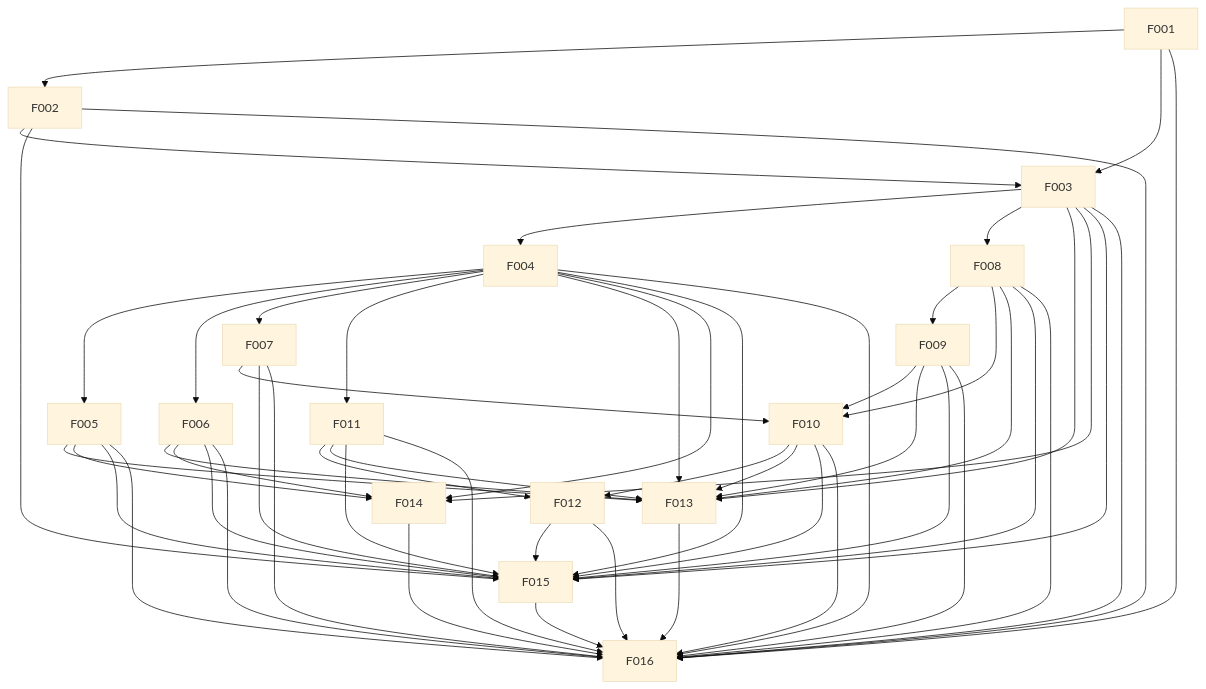
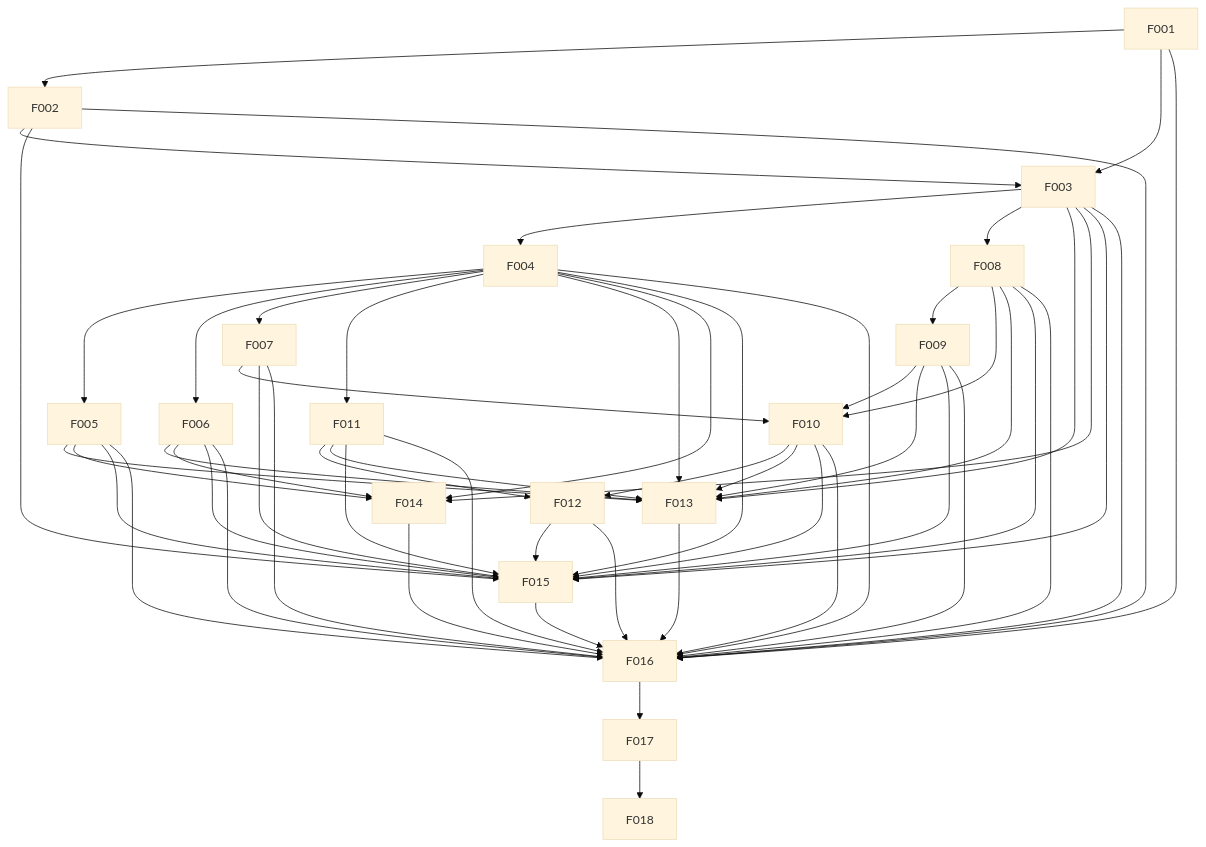
Before and after one commit to 47oo/csm: the diagram in docs/project/dependency-map.md, drawn with Mermaid (base theme). The commit also changed other lines of this file and 5 other files, not shown here.

````diff
--- a/docs/project/dependency-map.md
+++ b/docs/project/dependency-map.md
@@ -9,72 +9,76 @@
 ```mermaid
 flowchart TD
     n0["F001"]
     n1["F002"]
     n2["F003"]
     n3["F004"]
     n4["F005"]
     n5["F006"]
     n6["F007"]
     n7["F008"]
     n8["F009"]
     n9["F010"]
     n10["F011"]
     n11["F012"]
     n12["F013"]
     n13["F014"]
     n14["F015"]
     n15["F016"]
+    n16["F017"]
+    n17["F018"]
     n0 --> n1
     n0 --> n2
     n1 --> n2
     n2 --> n3
     n3 --> n4
     n3 --> n5
     n3 --> n6
     n2 --> n7
     n7 --> n8
     n6 --> n9
     n7 --> n9
     n8 --> n9
     n3 --> n10
     n9 --> n11
     n10 --> n11
     n2 --> n12
     n3 --> n12
     n4 --> n12
     n5 --> n12
     n7 --> n12
     n8 --> n12
     n9 --> n12
     n10 --> n12
     n2 --> n13
     n3 --> n13
     n4 --> n13
     n5 --> n13
     n1 --> n14
     n2 --> n14
     n3 --> n14
     n4 --> n14
     n5 --> n14
     n6 --> n14
     n7 --> n14
     n8 --> n14
     n9 --> n14
     n10 --> n14
     n11 --> n14
     n0 --> n15
     n1 --> n15
     n2 --> n15
     n3 --> n15
     n4 --> n15
     n5 --> n15
     n6 --> n15
     n7 --> n15
     n8 --> n15
     n9 --> n15
     n10 --> n15
     n11 --> n15
     n12 --> n15
     n13 --> n15
     n14 --> n15
+    n15 --> n16
+    n16 --> n17
 ```
````
